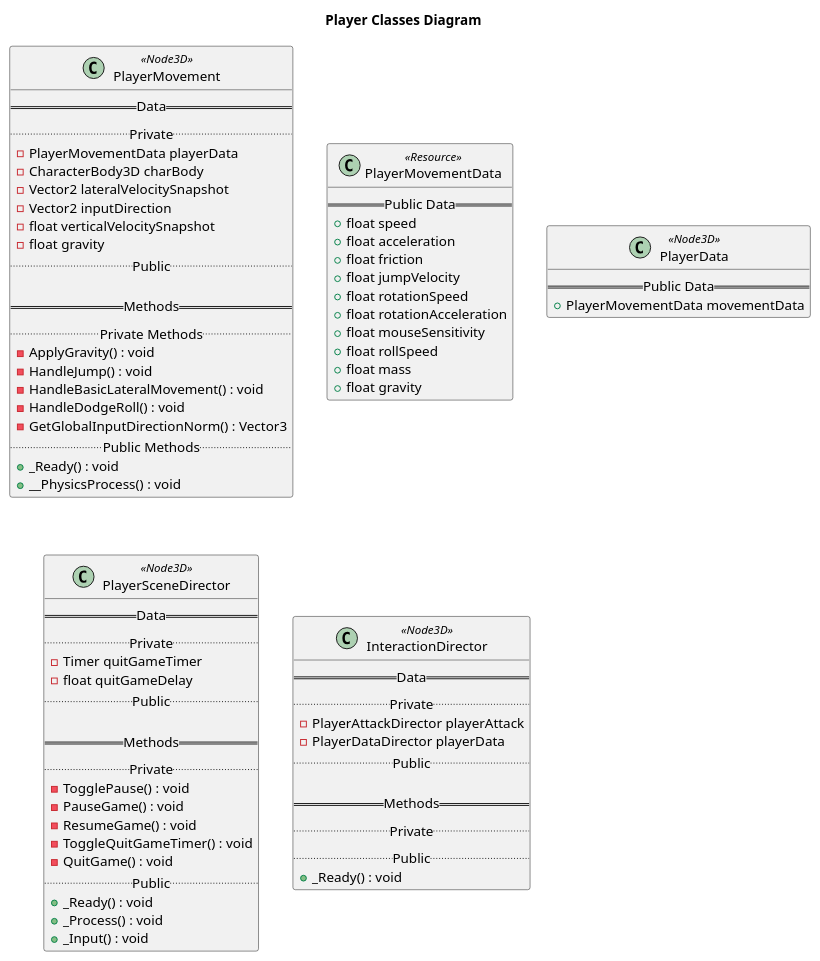
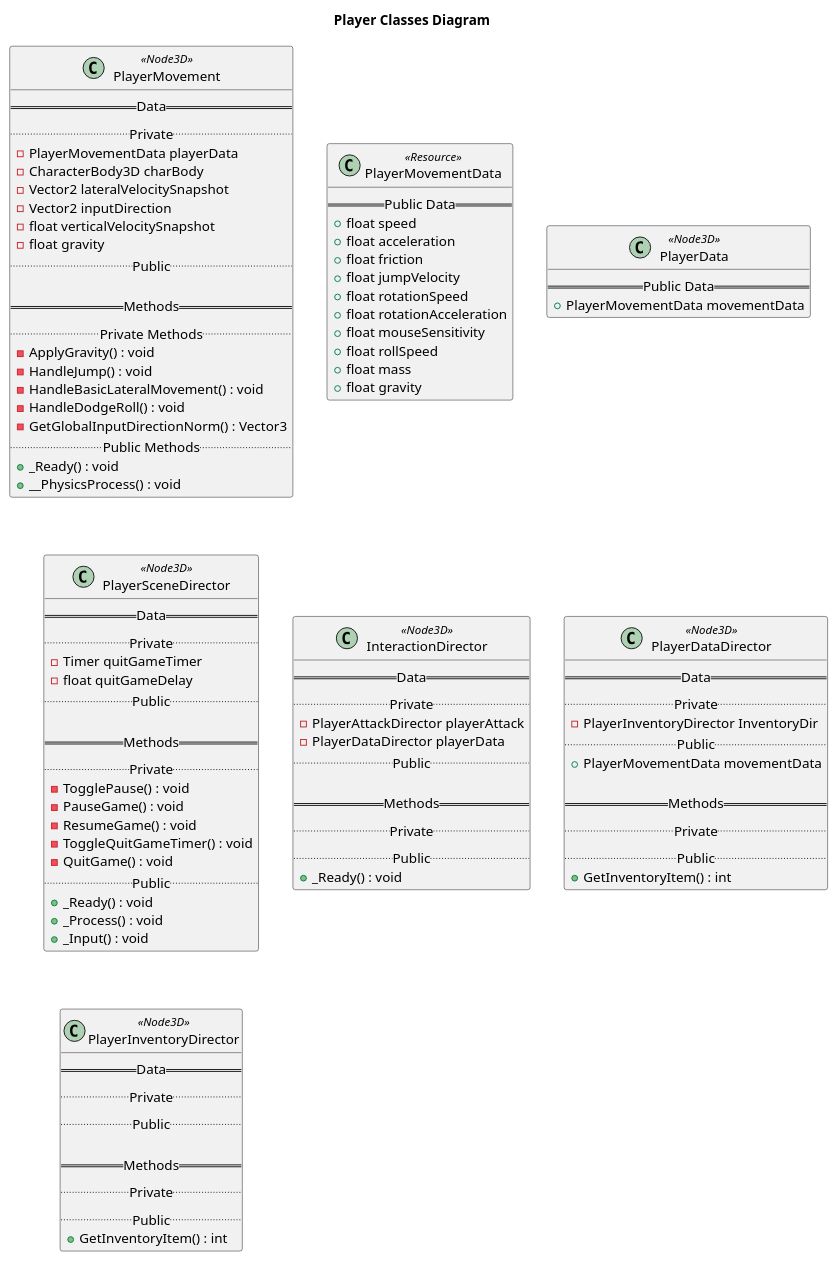
One commit to kjtkanaly/Roguelike-Shoot-Em-Up changed the diagram in Godot-Project/UML-Diagrams/src/Player-Classes.puml. Above: the diagram before and after it, drawn with PlantUML. The commit also changed 8 other files, not shown here.

Commit message:
Progress on linking the player attack dir and inventory. Need to work on documenting these chages next session

```diff
--- a/Godot-Project/UML-Diagrams/src/Player-Classes.puml
+++ b/Godot-Project/UML-Diagrams/src/Player-Classes.puml
@@ -1,80 +1,104 @@
 @startuml Player Classes
 
 title Player Classes Diagram
 
 class PlayerMovement <<Node3D>>{
     == Data ==
     .. Private ..
     - PlayerMovementData playerData
     - CharacterBody3D charBody
     - Vector2 lateralVelocitySnapshot
     - Vector2 inputDirection
     - float verticalVelocitySnapshot
     - float gravity
     .. Public ..
 
     == Methods ==
     .. Private Methods ..
     - ApplyGravity() : void
     - HandleJump() : void
     - HandleBasicLateralMovement() : void
     - HandleDodgeRoll() : void
     - GetGlobalInputDirectionNorm() : Vector3
     .. Public Methods ..
     + _Ready() : void
     + __PhysicsProcess() : void
 }
 
 class PlayerMovementData <<Resource>> {
     == Public Data ==
     + float speed
     + float acceleration
     + float friction
     + float jumpVelocity
     + float rotationSpeed
     + float rotationAcceleration
     + float mouseSensitivity
     + float rollSpeed
     + float mass
     + float gravity
 }
 
 class PlayerData <<Node3D>>{
     == Public Data ==
     + PlayerMovementData movementData
 }
 
 class PlayerSceneDirector <<Node3D>>{
     == Data ==
     .. Private ..
     - Timer quitGameTimer
     - float quitGameDelay
     .. Public ..
 
     == Methods ==
     .. Private ..
     - TogglePause() : void
     - PauseGame() : void
     - ResumeGame() : void
     - ToggleQuitGameTimer() : void
     - QuitGame() : void
     .. Public ..
     + _Ready() : void
     + _Process() : void
     + _Input() : void
 }
 
 class InteractionDirector <<Node3D>>{
     == Data ==
     .. Private ..
     - PlayerAttackDirector playerAttack
     - PlayerDataDirector playerData
     .. Public ..
 
     == Methods ==
     .. Private ..
     .. Public ..
     + _Ready() : void
 }
 
+class PlayerDataDirector <<Node3D>>{
+    == Data ==
+    .. Private ..
+    - PlayerInventoryDirector InventoryDir
+    .. Public ..
+    + PlayerMovementData movementData
+
+    == Methods ==
+    .. Private ..
+    .. Public ..
+    + GetInventoryItem() : int
+}
+
+class PlayerInventoryDirector <<Node3D>>{
+    == Data ==
+    .. Private ..
+    .. Public ..
+
+    == Methods ==
+    .. Private ..
+    .. Public ..
+    + GetInventoryItem() : int
+}
+
 @enduml
```
